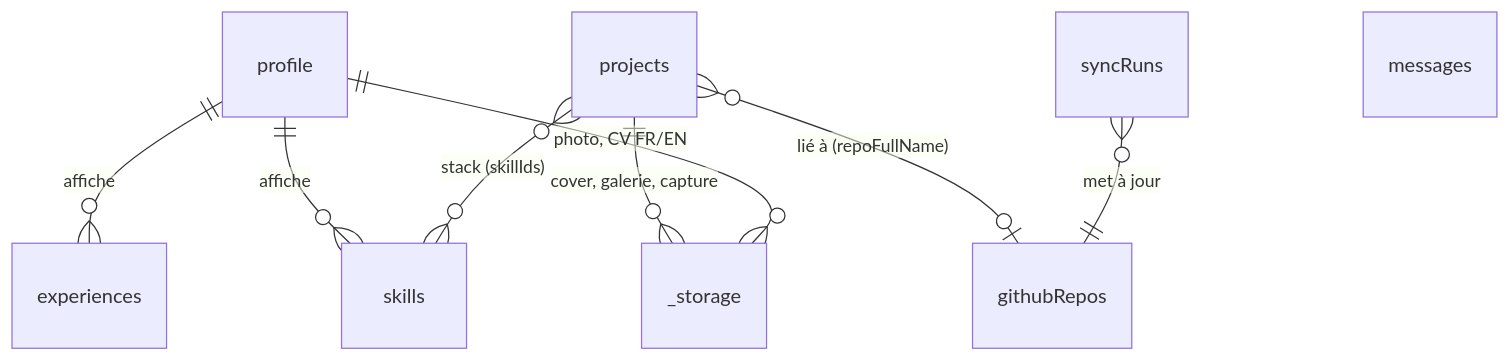
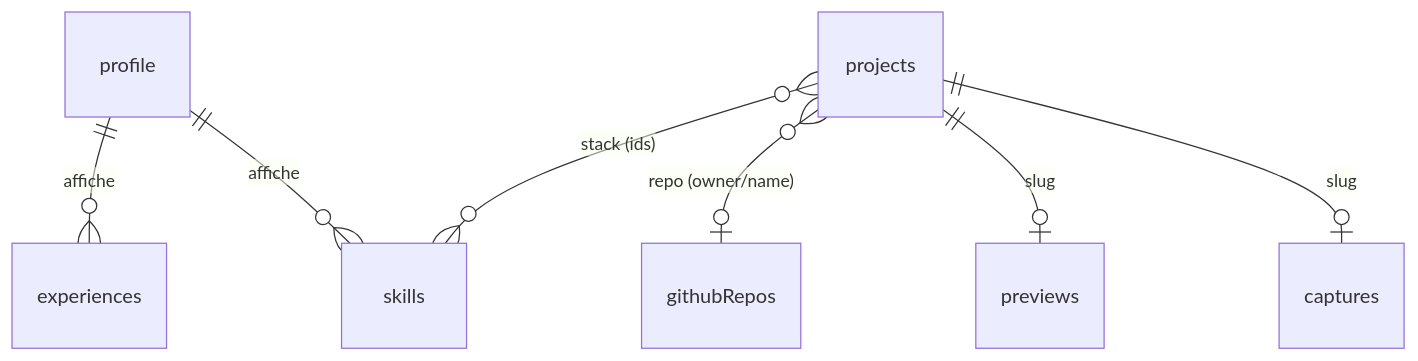
One commit to Stryxman/portfolio changed the diagram in docs/BACKEND_SCHEMA.md. Above: the diagram before and after it, drawn with Mermaid. The commit also changed other lines of this file and 9 other files, not shown here.

First line of the commit message:
Docs v1.1 : architecture Astro statique après le conseil LLM

````diff
--- a/docs/BACKEND_SCHEMA.md
+++ b/docs/BACKEND_SCHEMA.md
@@ -8,11 +16,9 @@
 ```mermaid
 erDiagram
   profile ||--o{ experiences : "affiche"
   profile ||--o{ skills : "affiche"
-  projects }o--o| githubRepos : "lié à (repoFullName)"
-  projects }o--o{ skills : "stack (skillIds)"
-  projects ||--o{ _storage : "cover, galerie, capture"
-  profile ||--o{ _storage : "photo, CV FR/EN"
-  syncRuns }o--|| githubRepos : "met à jour"
-  messages
+  projects }o--o| githubRepos : "repo (owner/name)"
+  projects }o--o{ skills : "stack (ids)"
+  projects ||--o| previews : "slug"
+  projects ||--o| captures : "slug"
 ```
````
